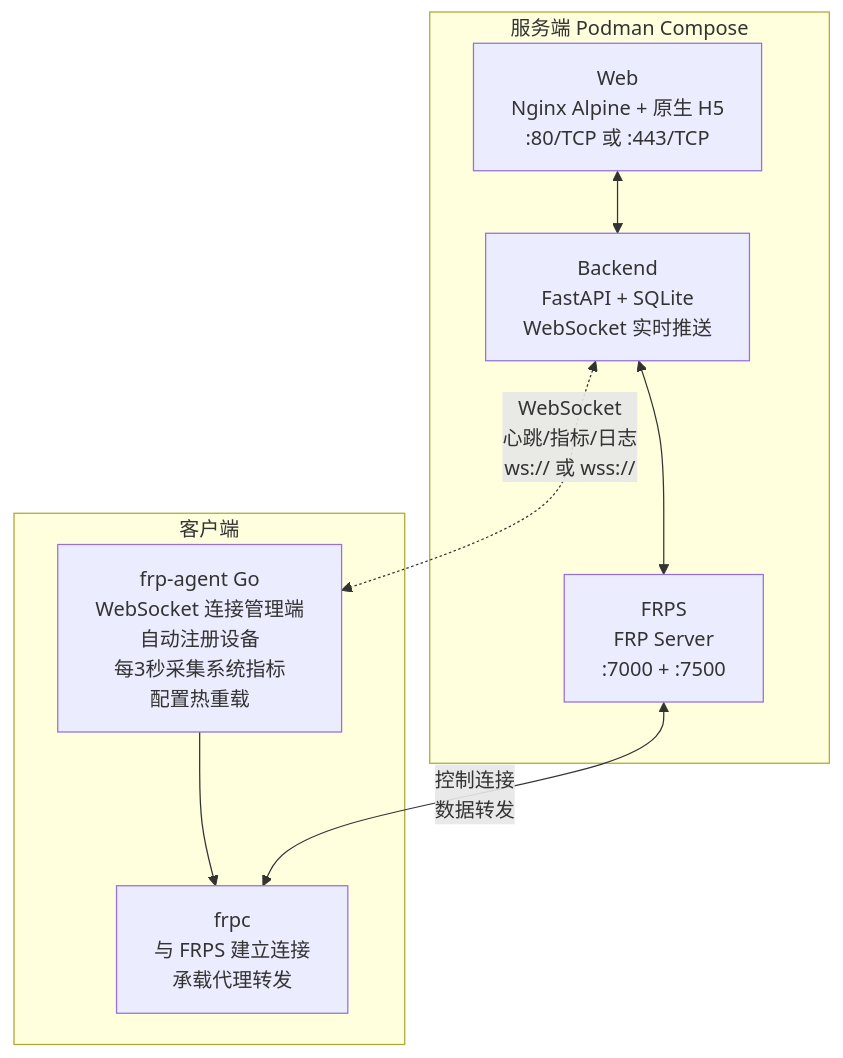
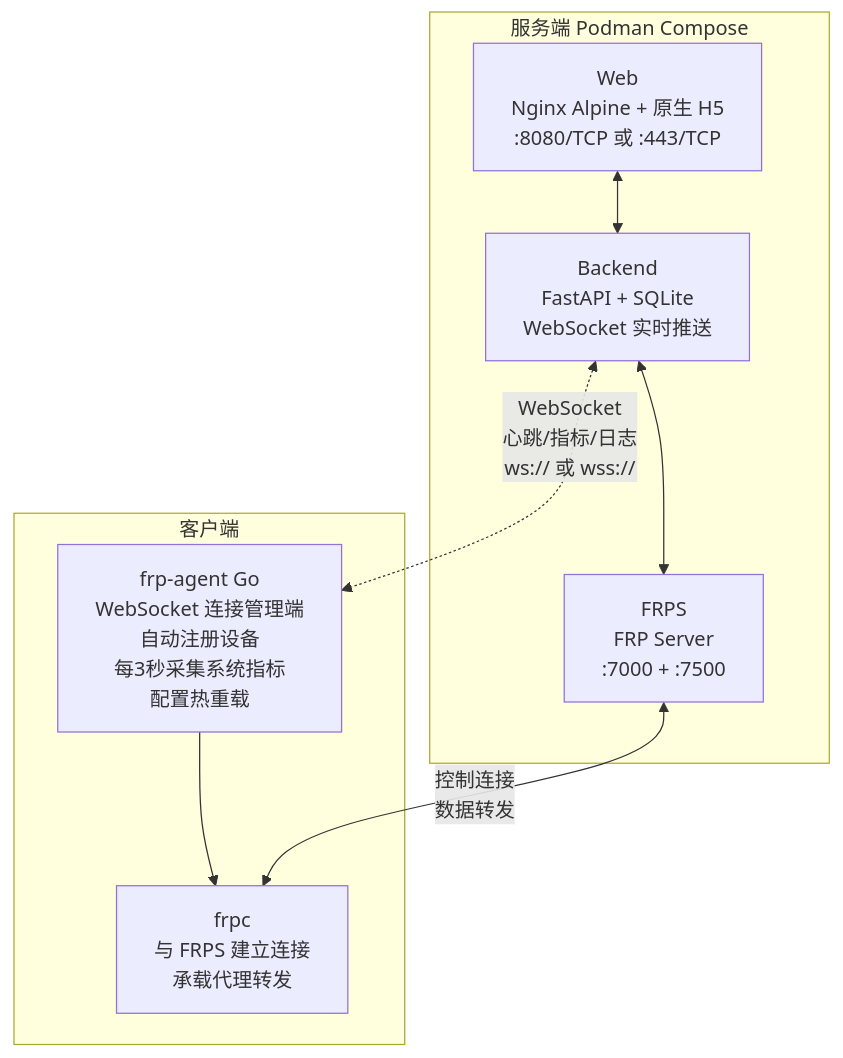
Before and after one commit to GreenhandTan/FRP-ALL-IN-ONE: the diagram in README.md, drawn with Mermaid. The commit also changed other lines of this file and 14 other files, not shown here.

````diff
--- a/README.md
+++ b/README.md
@@ -161,19 +157,19 @@
 ```mermaid
 flowchart TB
     subgraph Server["服务端 Podman Compose"]
-        Web["Web<br/>Nginx Alpine + 原生 H5<br/>:80/TCP 或 :443/TCP"]
+        Web["Web<br/>Nginx Alpine + 原生 H5<br/>:8080/TCP 或 :443/TCP"]
         Backend["Backend<br/>FastAPI + SQLite<br/>WebSocket 实时推送"]
         FRPS["FRPS<br/>FRP Server<br/>:7000 + :7500"]
         Web <--> Backend
         Backend <--> FRPS
     end
 
     subgraph Client["客户端"]
         Agent["frp-agent Go<br/>WebSocket 连接管理端<br/>自动注册设备<br/>每3秒采集系统指标<br/>配置热重载"]
         FRPC["frpc<br/>与 FRPS 建立连接<br/>承载代理转发"]
         Agent --> FRPC
     end
 
     Backend <-.->|"WebSocket<br/>心跳/指标/日志<br/>ws:// 或 wss://"| Agent
     FRPS <-->|"控制连接<br/>数据转发"| FRPC
 ```
````
